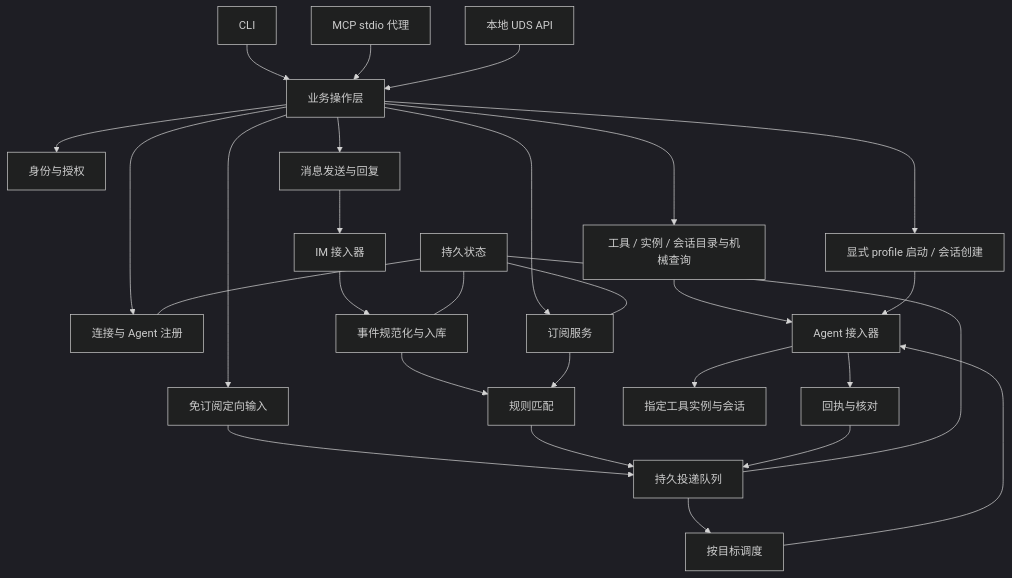
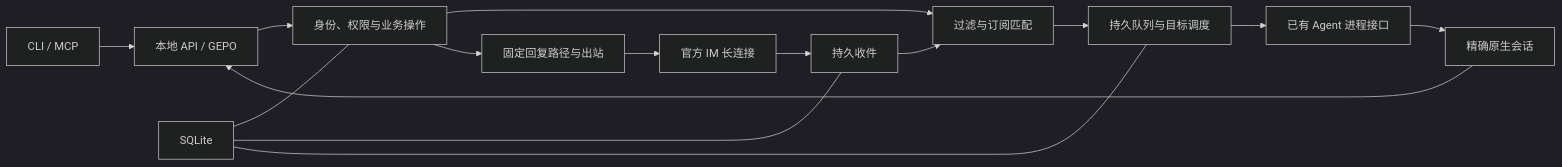
One commit to liuchong/dj changed the diagram in docs/architecture.md. Above: the diagram before and after it, drawn with Mermaid (dark theme). The commit also changed other lines of this file and 58 other files, not shown here.

````diff
--- a/docs/architecture.md
+++ b/docs/architecture.md
@@ -15,30 +7,17 @@
 ```mermaid
-flowchart TB
-  CLI[CLI] --> APP[业务操作层]
-  MCP[MCP stdio 代理] --> APP
-  API[本地 UDS API] --> APP
-  APP --> POL[身份与授权]
-  APP --> REG[连接与 Agent 注册]
-  APP --> CAT[工具 / 实例 / 会话目录与机械查询]
-  CAT --> AD
-  APP --> LIFE[显式 profile 启动 / 会话创建]
-  LIFE --> AD
-  APP --> DIRECT[免订阅定向输入]
-  DIRECT --> Q
-  APP --> SUB[订阅服务]
-  IM[IM 接入器] --> ING[事件规范化与入库]
-  ING --> MATCH[规则匹配]
-  SUB --> MATCH
-  MATCH --> Q[持久投递队列]
-  Q --> DISP[按目标调度]
-  DISP --> AD[Agent 接入器]
-  AD --> P[指定工具实例与会话]
-  AD --> REC[回执与核对]
-  REC --> Q
-  APP --> OUT[消息发送与回复]
-  OUT --> IM
-  DB[持久状态] --- ING
-  DB --- Q
-  DB --- REG
-  DB --- SUB
+flowchart LR
+  CLI[CLI / MCP] --> API[本地 API / GEPO]
+  API --> Core[身份、权限与业务操作]
+  IM[官方 IM 长连接] --> Ingest[持久收件]
+  Ingest --> Match[过滤与订阅匹配]
+  Core --> Match
+  Match --> Queue[持久队列与目标调度]
+  Queue --> Port[已有 Agent 进程接口]
+  Port --> Session[精确原生会话]
+  Session --> API
+  Core --> Out[固定回复路径与出站]
+  Out --> IM
+  DB[SQLite] --- Core
+  DB --- Ingest
+  DB --- Queue
 ```
````
